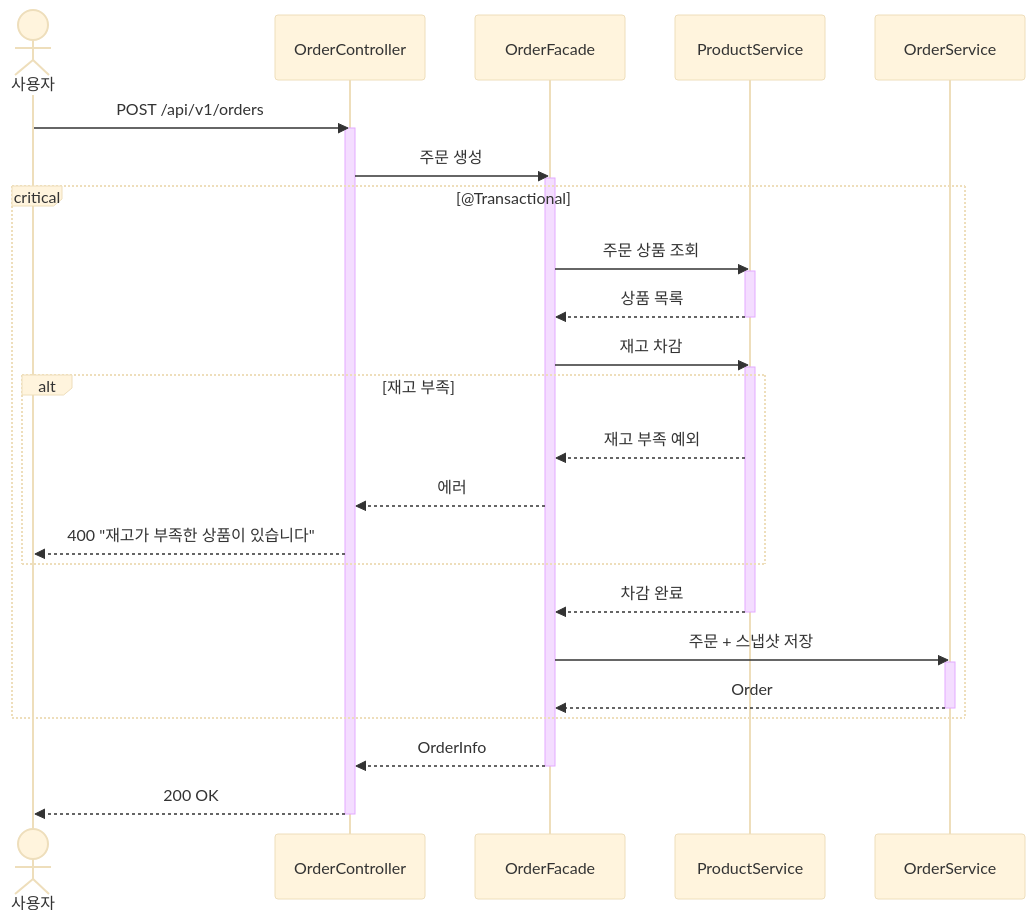
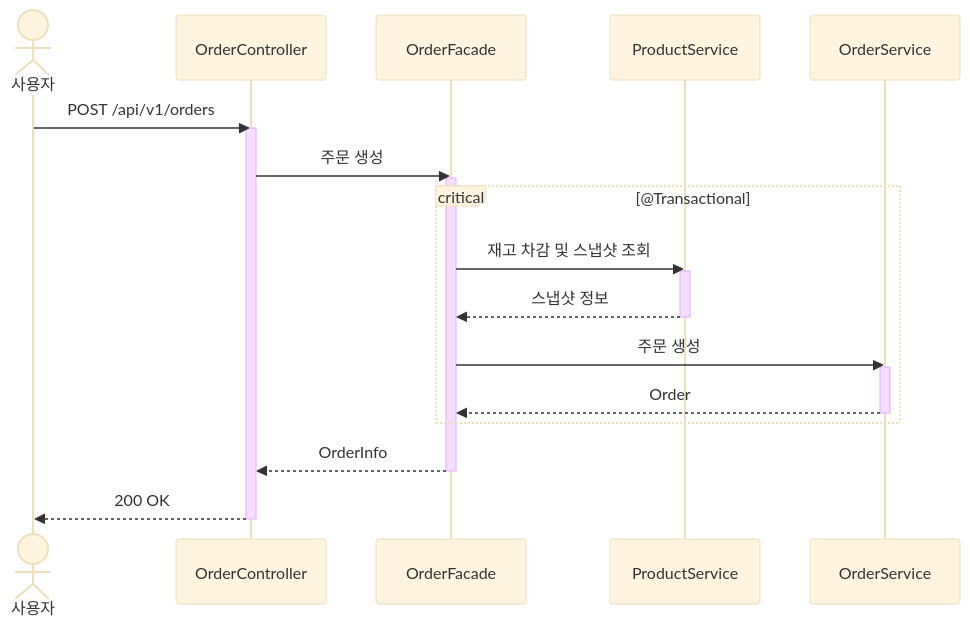
Before and after one commit to Loopers-dev-lab/loop-pack-be-l2-vol3-java: the diagram in docs/design/order/sequences/001-order-create.md, drawn with Mermaid (base theme). The commit also changed other lines of this file and 3 other files, not shown here.

Commit message:
docs: 시퀀스다이어그램 레이어 책임 정합성 보정 (Service 캡슐화, Facade 분기 제거)

````diff
--- a/docs/design/order/sequences/001-order-create.md
+++ b/docs/design/order/sequences/001-order-create.md
@@ -8,42 +8,30 @@
 ```mermaid
 sequenceDiagram
     actor 사용자
     participant OC as OrderController
     participant OF as OrderFacade
     participant PS as ProductService
     participant OS as OrderService
 
     사용자->>OC: POST /api/v1/orders
     activate OC
     OC->>OF: 주문 생성
     activate OF
 
     critical @Transactional
-        OF->>PS: 주문 상품 조회
+        OF->>PS: 재고 차감 및 스냅샷 조회
         activate PS
-        PS-->>OF: 상품 목록
+        PS-->>OF: 스냅샷 정보
         deactivate PS
 
-        OF->>PS: 재고 차감
-        activate PS
-
-        alt 재고 부족
-            PS-->>OF: 재고 부족 예외
-            OF-->>OC: 에러
-            OC-->>사용자: 400 "재고가 부족한 상품이 있습니다"
-        end
-
-        PS-->>OF: 차감 완료
-        deactivate PS
-
-        OF->>OS: 주문 + 스냅샷 저장
+        OF->>OS: 주문 생성
         activate OS
         OS-->>OF: Order
         deactivate OS
     end
 
     OF-->>OC: OrderInfo
     deactivate OF
     OC-->>사용자: 200 OK
     deactivate OC
 ```
````
